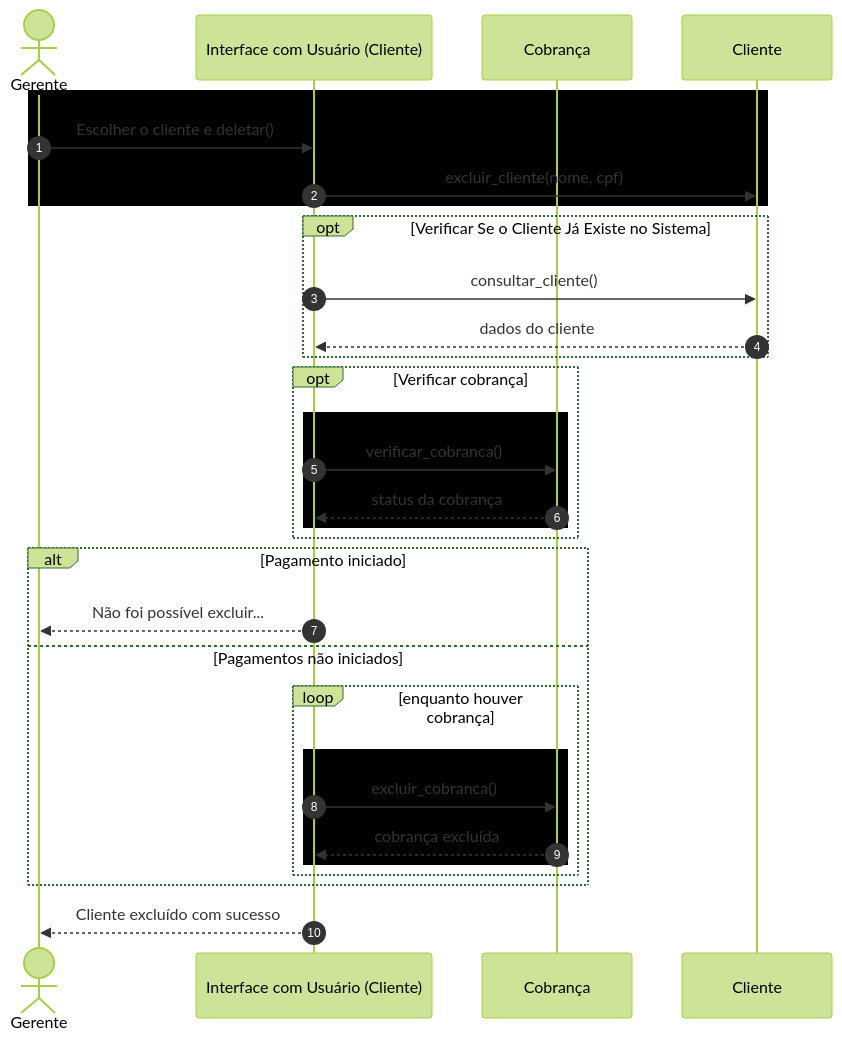
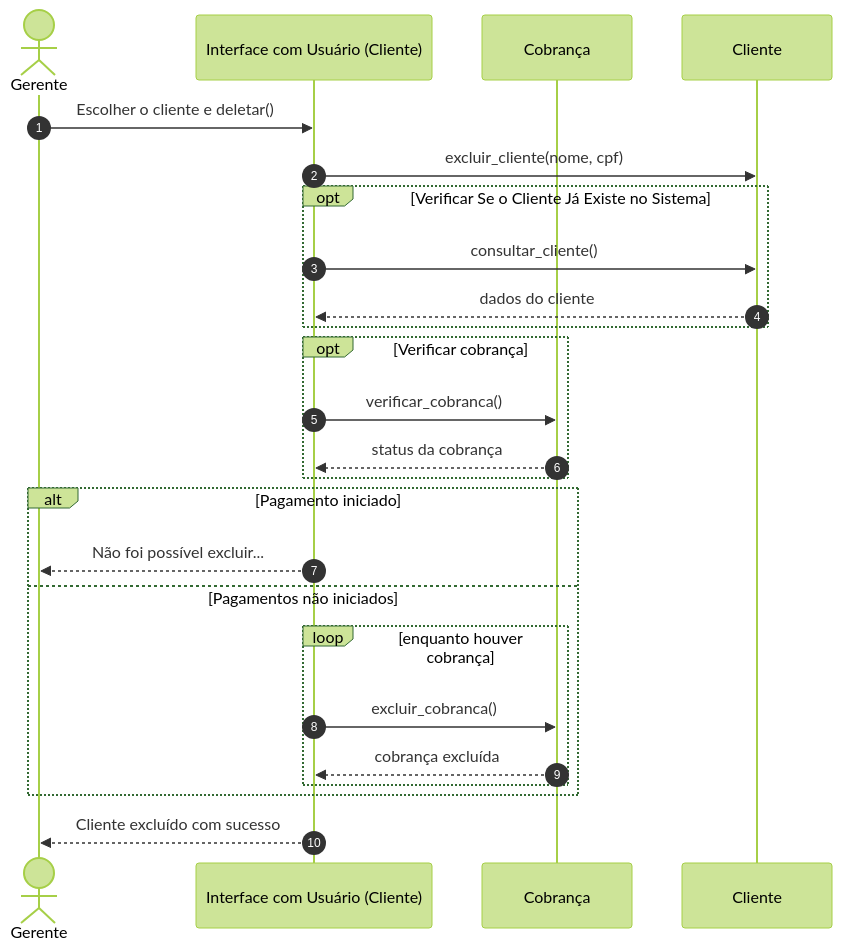
Before and after one commit to Projeito-Vendas-de-Cosmeticos/Comesticos-doc: the fifth of 5 diagrams in Documetos/Documento_Visao.md, drawn with Mermaid (forest theme). The commit also changed other lines of this file, not shown here.

````diff
--- a/Documetos/Documento_Visao.md
+++ b/Documetos/Documento_Visao.md
@@ -171,43 +171,33 @@
 ```mermaid
 sequenceDiagram
     autonumber
 
     actor Gerente
     participant IU as Interface com Usuário (Cliente)
     participant Cobranca as Cobrança
     participant Cliente as Cliente
 
-    %% --- Seção principal ---
-    rect Manter cliente - consultar
-        Gerente ->> IU: Escolher o cliente e deletar()
-        IU ->> Cliente: excluir_cliente(nome, cpf)
-    end
+    Gerente ->> IU: Escolher o cliente e deletar()
+    IU ->> Cliente: excluir_cliente(nome, cpf)
 
-    %% Verificar se cliente existe
     opt Verificar Se o Cliente Já Existe no Sistema
         IU ->> Cliente: consultar_cliente()
         Cliente -->> IU: dados do cliente
     end
 
-    %% Verificar cobrança
     opt Verificar cobrança
-        rect Verificar cobrança
-            IU ->> Cobranca: verificar_cobranca()
-            Cobranca -->> IU: status da cobrança
-        end
+        IU ->> Cobranca: verificar_cobranca()
+        Cobranca -->> IU: status da cobrança
     end
 
-    %% Pagamentos iniciados OU não iniciados
     alt Pagamento iniciado
         IU -->> Gerente: Não foi possível excluir...
     else Pagamentos não iniciados
         loop enquanto houver cobrança
-            rect Excluir cobrança
-                IU ->> Cobranca: excluir_cobranca()
-                Cobranca -->> IU: cobrança excluída
-            end
+            IU ->> Cobranca: excluir_cobranca()
+            Cobranca -->> IU: cobrança excluída
         end
     end
 
     IU -->> Gerente: Cliente excluído com sucesso
 ```
````
